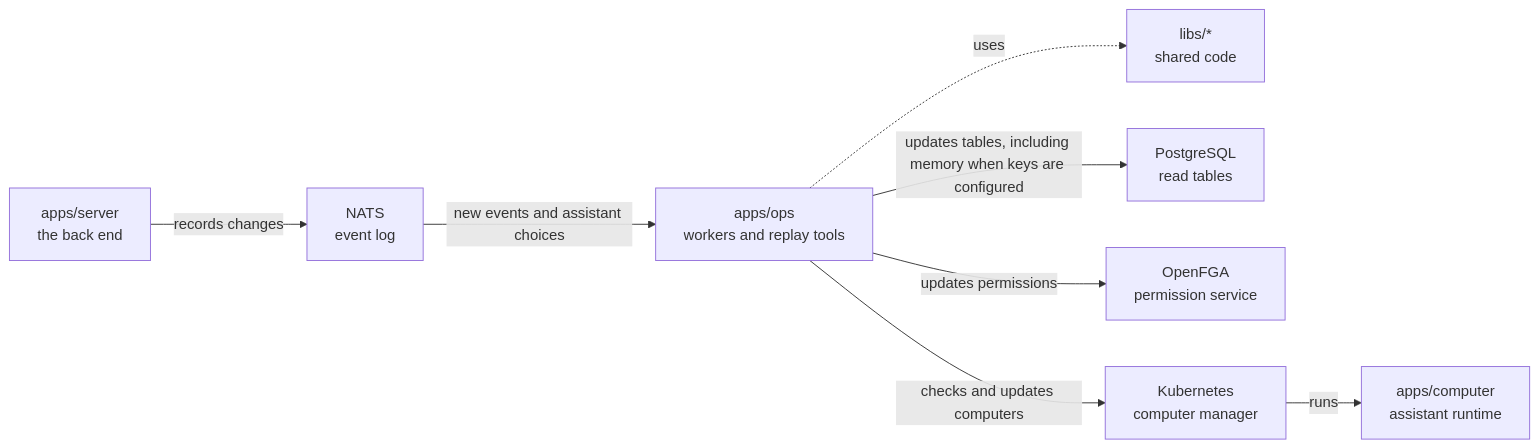
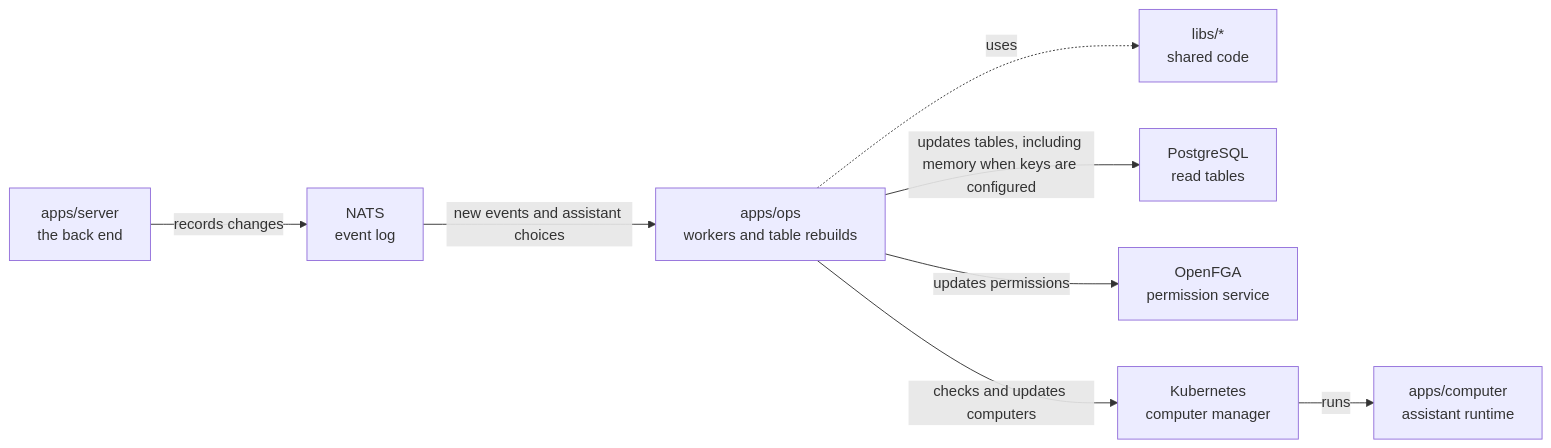
The diagram in apps/ops/README.md (elewa-git/opencrane-new), drawn with Mermaid before and after one commit. The commit also changed other lines of this file and 21 other files, not shown here.

````diff
--- a/apps/ops/README.md
+++ b/apps/ops/README.md
@@ -11,10 +11,10 @@
 ```mermaid
 flowchart LR
   server["apps/server<br/>the back end"] -->|records changes| nats["NATS<br/>event log"]
-  nats -->|new events and assistant choices| ops["apps/ops<br/>workers and replay tools"]
+  nats -->|new events and assistant choices| ops["apps/ops<br/>workers and table rebuilds"]
   ops -.->|uses| libs["libs/*<br/>shared code"]
   ops -->|updates tables, including memory when keys are configured| postgres["PostgreSQL<br/>read tables"]
   ops -->|updates permissions| fga["OpenFGA<br/>permission service"]
   ops -->|checks and updates computers| kube["Kubernetes<br/>computer manager"]
   kube -->|runs| computer["apps/computer<br/>assistant runtime"]
 ```
````
